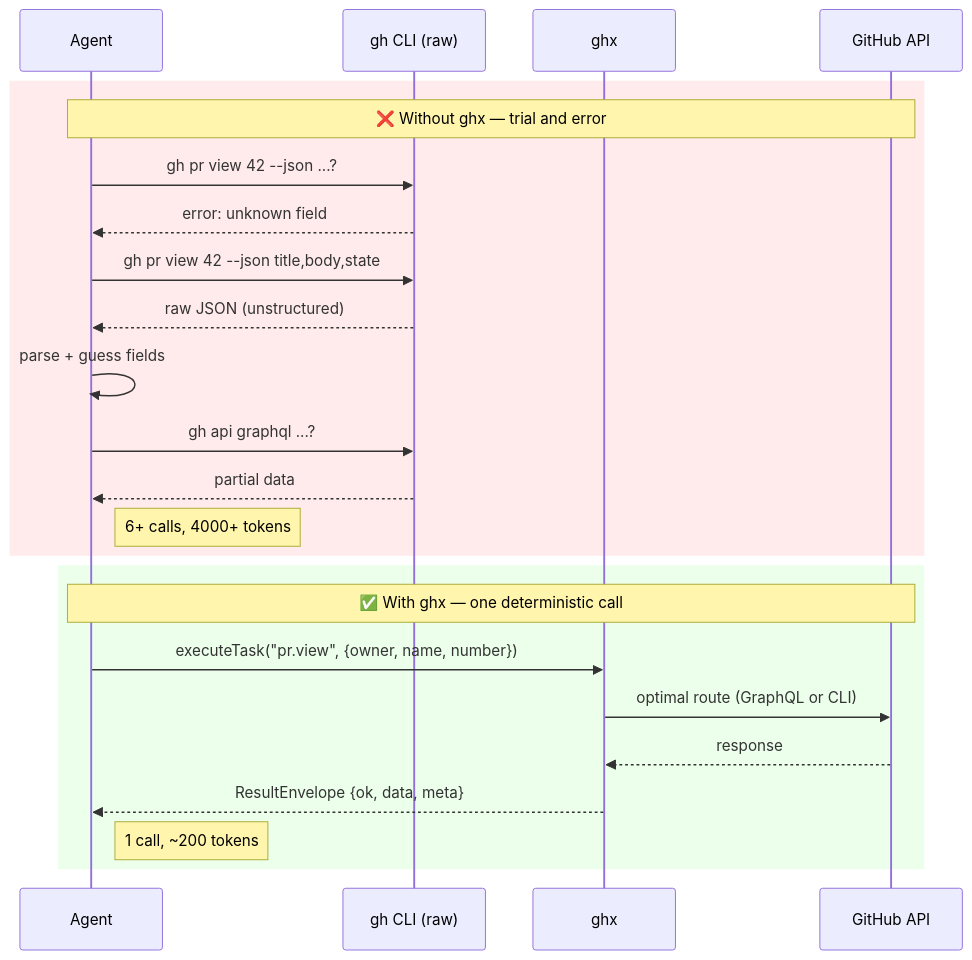
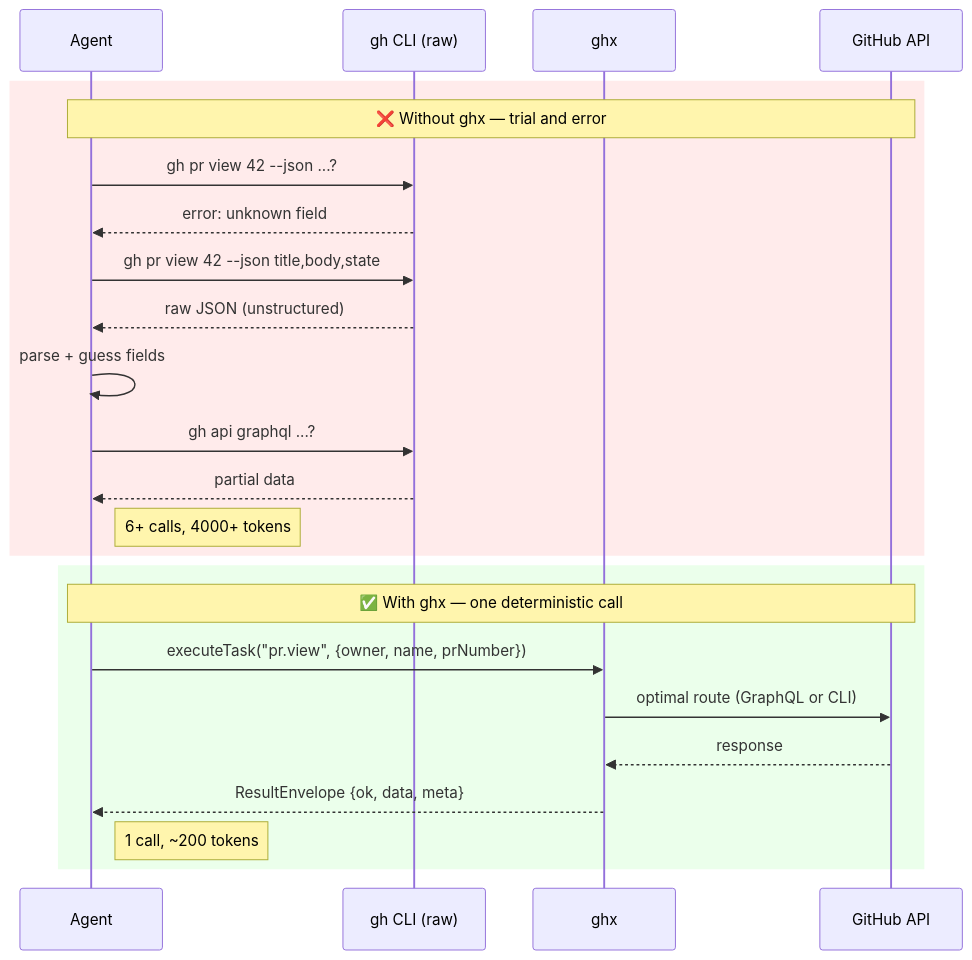
One commit to aryeko/ghx changed the first of 3 diagrams in packages/core/docs/getting-started/README.md. Above: the diagram before and after it, drawn with Mermaid. The commit also changed other lines of this file and 18 other files, not shown here.

````diff
--- a/packages/core/docs/getting-started/README.md
+++ b/packages/core/docs/getting-started/README.md
@@ -7,28 +7,28 @@
 ```mermaid
 sequenceDiagram
     participant Agent
     participant gh as gh CLI (raw)
     participant ghx as ghx
     participant GH as GitHub API
 
     rect rgb(255, 235, 235)
     Note over Agent,GH: ❌ Without ghx — trial and error
     Agent->>gh: gh pr view 42 --json ...?
     gh-->>Agent: error: unknown field
     Agent->>gh: gh pr view 42 --json title,body,state
     gh-->>Agent: raw JSON (unstructured)
     Agent->>Agent: parse + guess fields
     Agent->>gh: gh api graphql ...?
     gh-->>Agent: partial data
     Note right of Agent: 6+ calls, 4000+ tokens
     end
 
     rect rgb(235, 255, 235)
     Note over Agent,GH: ✅ With ghx — one deterministic call
-    Agent->>ghx: executeTask("pr.view", {owner, name, number})
+    Agent->>ghx: executeTask("pr.view", {owner, name, prNumber})
     ghx->>GH: optimal route (GraphQL or CLI)
     GH-->>ghx: response
     ghx-->>Agent: ResultEnvelope {ok, data, meta}
     Note right of Agent: 1 call, ~200 tokens
     end
 ```
````
